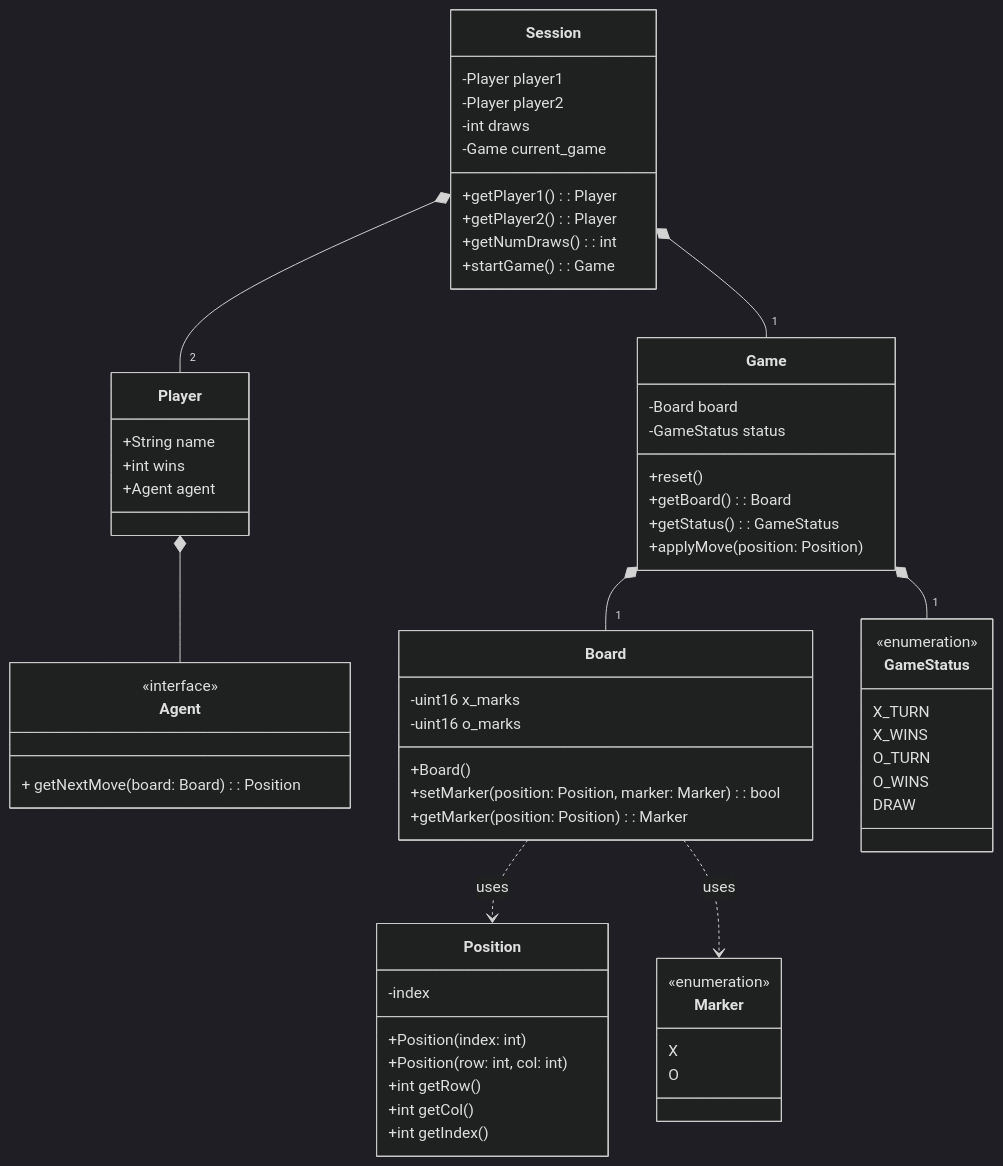
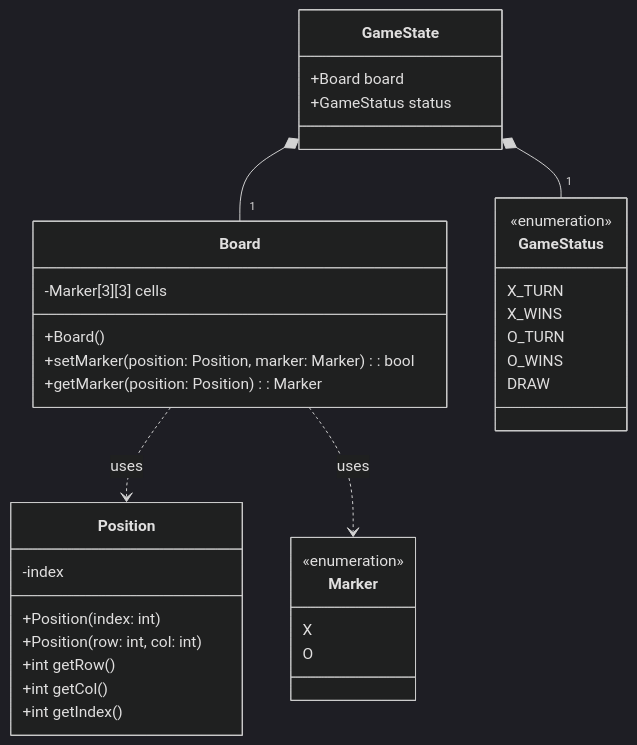
Before and after one commit to jashar86/tic-tac-toe: the second of 3 diagrams in docs/REFERENCE_ARCHITECTURE.md, drawn with Mermaid (dark theme). The commit also changed other lines of this file, not shown here.

Commit message:
Working on separating the architectural layers

````diff
--- a/docs/REFERENCE_ARCHITECTURE.md
+++ b/docs/REFERENCE_ARCHITECTURE.md
@@ -7,78 +32,50 @@
 ```mermaid
 classDiagram
 
-    class Session {
-        -Player player1
-        -Player player2
-        -int draws
-        -Game current_game
+    
 
-        +getPlayer1() : Player
-        +getPlayer2() : Player
-        +getNumDraws() : int
-        +startGame() : Game
-    }
-
-    class Player {
-        +String name
-        +int wins
-        +Agent agent
-    }
-
-    class Agent {
-        <<interface>>
-        + getNextMove(board: Board) : Position
-    }
-
-    class Game {
-        -Board board
-        -GameStatus status
-        +reset()
-        +getBoard() : Board
-        +getStatus() : GameStatus
-        +applyMove(position: Position) 
+    class GameState {
+        +Board board
+        +GameStatus status
+        
     }
 
     class Board {
-        -uint16 x_marks
-        -uint16 o_marks
+        -Marker[3][3] cells
         +Board()
         +setMarker(position: Position, marker: Marker): bool
         +getMarker(position: Position): Marker
     }
 
     class Position {
         -index
         +Position(index: int)
         +Position(row: int, col: int)
         +int getRow()
         +int getCol()
         +int getIndex()
     }
 
     class Marker {
         <<enumeration>>
         X
         O
     }
 
     class GameStatus {
         <<enumeration>>
         X_TURN
         X_WINS
         O_TURN
         O_WINS
         DRAW
     }
 
-    Session *-- "1" Game
-    Session *-- "2" Player
+    
 
-    Player *-- Agent
-
-    Game *-- "1" Board
-    Game *-- "1" GameStatus
+    GameState *-- "1" Board
+    GameState *-- "1" GameStatus
 
     Board ..> Position : uses
     Board ..> Marker : uses
 ```
````
